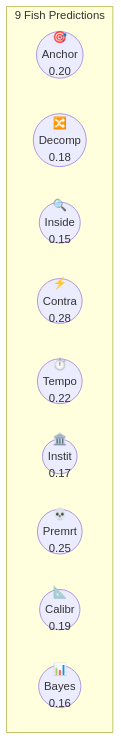
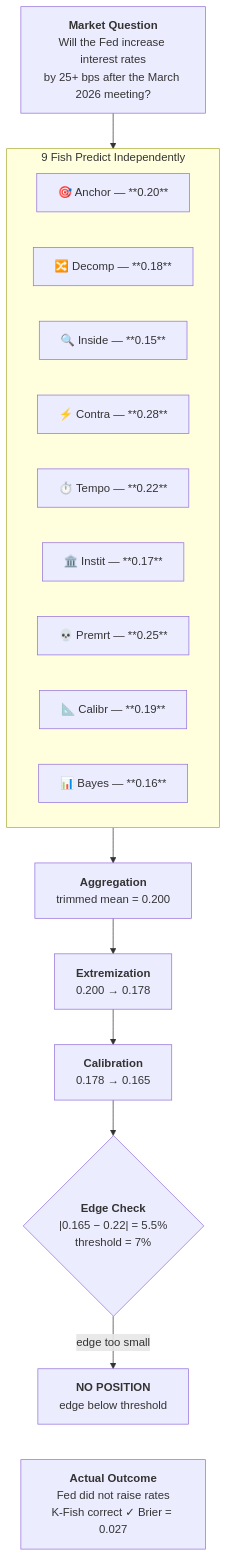
One commit to ksk5429/quant changed the second of 6 diagrams in README.md. Above: the diagram before and after it, drawn with Mermaid. The commit also changed other lines of this file, not shown here.

Commit message:
fix: Example Output diagram — rectangular boxes, vertical flow, full pipeline
Replaced circles (text extruding) with rectangular boxes for Fish.
Now shows the complete pipeline flow: Question → 9 Fish → Aggregation
→ Extremization → Calibration → Edge Check → Decision → Outcome.
Each stage shows its input and output value.

````diff
--- a/README.md
+++ b/README.md
@@ -96,15 +96,39 @@
 ```mermaid
-graph LR
-    subgraph FISH [" 9 Fish Predictions "]
+flowchart TD
+    Q["`**Market Question**
+    Will the Fed increase interest rates
+    by 25+ bps after the March 2026 meeting?`"]
+
+    Q --> FISH
+
+    subgraph FISH [" 9 Fish Predict Independently "]
         direction LR
-        F1(("🎯<br/>Anchor<br/>0.20"))
-        F2(("🔀<br/>Decomp<br/>0.18"))
-        F3(("🔍<br/>Inside<br/>0.15"))
-        F4(("⚡<br/>Contra<br/>0.28"))
-        F5(("⏱️<br/>Tempo<br/>0.22"))
-        F6(("🏛️<br/>Instit<br/>0.17"))
-        F7(("💀<br/>Premrt<br/>0.25"))
-        F8(("📐<br/>Calibr<br/>0.19"))
-        F9(("📊<br/>Bayes<br/>0.16"))
+        F1["🎯 Anchor — **0.20**"]
+        F2["🔀 Decomp — **0.18**"]
+        F3["🔍 Inside — **0.15**"]
+        F4["⚡ Contra — **0.28**"]
+        F5["⏱️ Tempo — **0.22**"]
+        F6["🏛️ Instit — **0.17**"]
+        F7["💀 Premrt — **0.25**"]
+        F8["📐 Calibr — **0.19**"]
+        F9["📊 Bayes — **0.16**"]
     end
+
+    FISH --> AGG["`**Aggregation**
+    trimmed mean = 0.200`"]
+    AGG --> EXT["`**Extremization**
+    0.200 → 0.178`"]
+    EXT --> CAL["`**Calibration**
+    0.178 → 0.165`"]
+    CAL --> EDGE{"`**Edge Check**
+    |0.165 − 0.22| = 5.5%
+    threshold = 7%`"}
+    EDGE -->|"edge too small"| SKIP["`**NO POSITION**
+    edge below threshold`"]
+
+    ACTUAL["`**Actual Outcome**
+    Fed did not raise rates
+    K-Fish correct ✓ Brier = 0.027`"]
+
+    SKIP ~~~ ACTUAL
 ```
````
